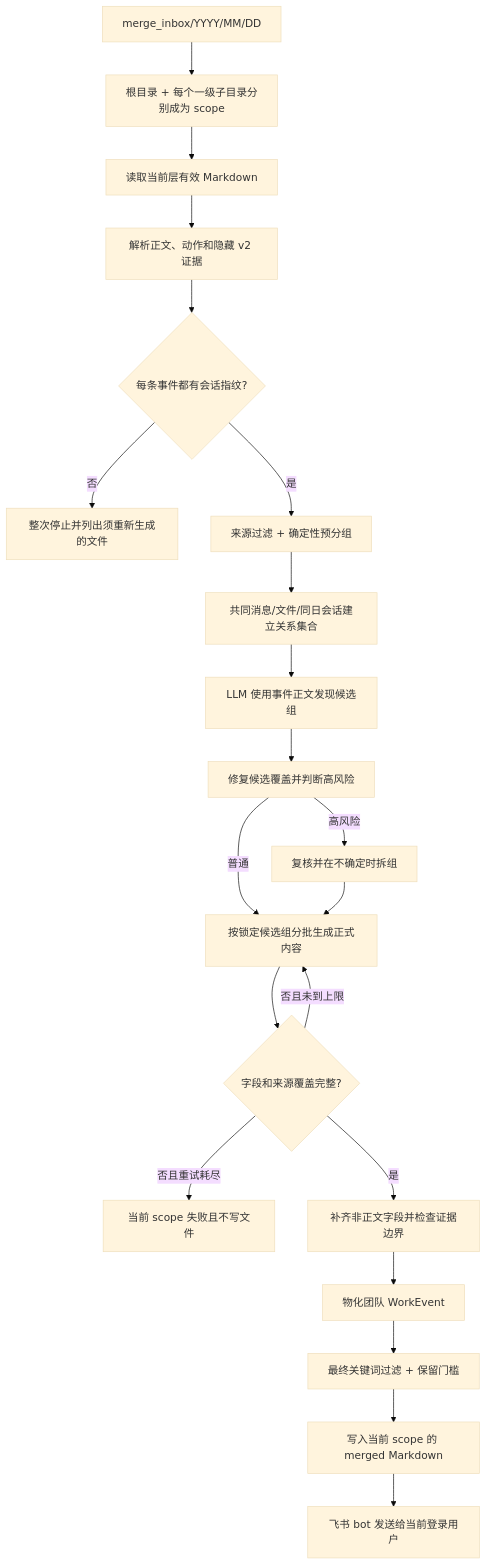
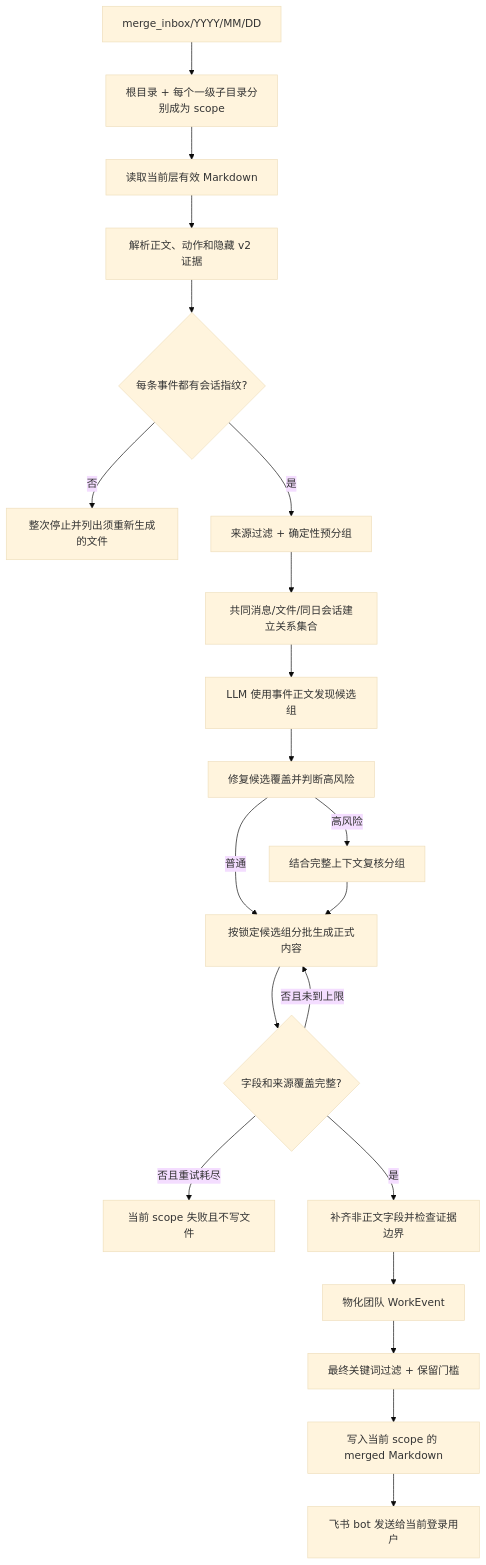
The third of 3 diagrams in README.md (sunweisheng/WorkTrace), drawn with Mermaid (base theme) before and after one commit. The commit also changed other lines of this file and 11 other files, not shown here.

````diff
--- a/README.md
+++ b/README.md
@@ -216,23 +216,23 @@
 ```mermaid
 flowchart TD
     A["merge_inbox/YYYY/MM/DD"] --> B["根目录 + 每个一级子目录分别成为 scope"]
     B --> C["读取当前层有效 Markdown"]
     C --> D["解析正文、动作和隐藏 v2 证据"]
     D --> E{"每条事件都有会话指纹?"}
     E -->|"否"| X["整次停止并列出须重新生成的文件"]
     E -->|"是"| F["来源过滤 + 确定性预分组"]
     F --> G["共同消息/文件/同日会话建立关系集合"]
     G --> H["LLM 使用事件正文发现候选组"]
     H --> R["修复候选覆盖并判断高风险"]
-    R -->|"高风险"| V["复核并在不确定时拆组"]
+    R -->|"高风险"| V["结合完整上下文复核分组"]
     R -->|"普通"| I["按锁定候选组分批生成正式内容"]
     V --> I
     I --> J{"字段和来源覆盖完整?"}
     J -->|"否且未到上限"| I
     J -->|"否且重试耗尽"| Y["当前 scope 失败且不写文件"]
     J -->|"是"| K["补齐非正文字段并检查证据边界"]
     K --> L["物化团队 WorkEvent"]
     L --> M["最终关键词过滤 + 保留门槛"]
     M --> N["写入当前 scope 的 merged Markdown"]
     N --> O["飞书 bot 发送给当前登录用户"]
 ```
````
